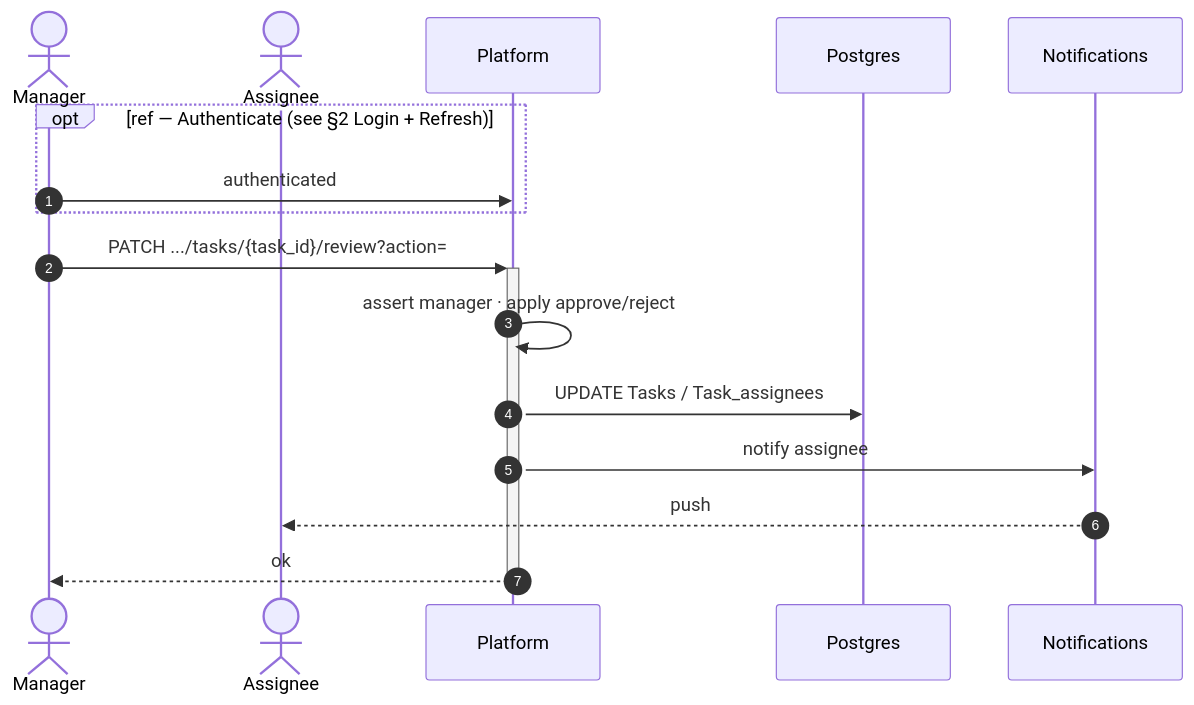
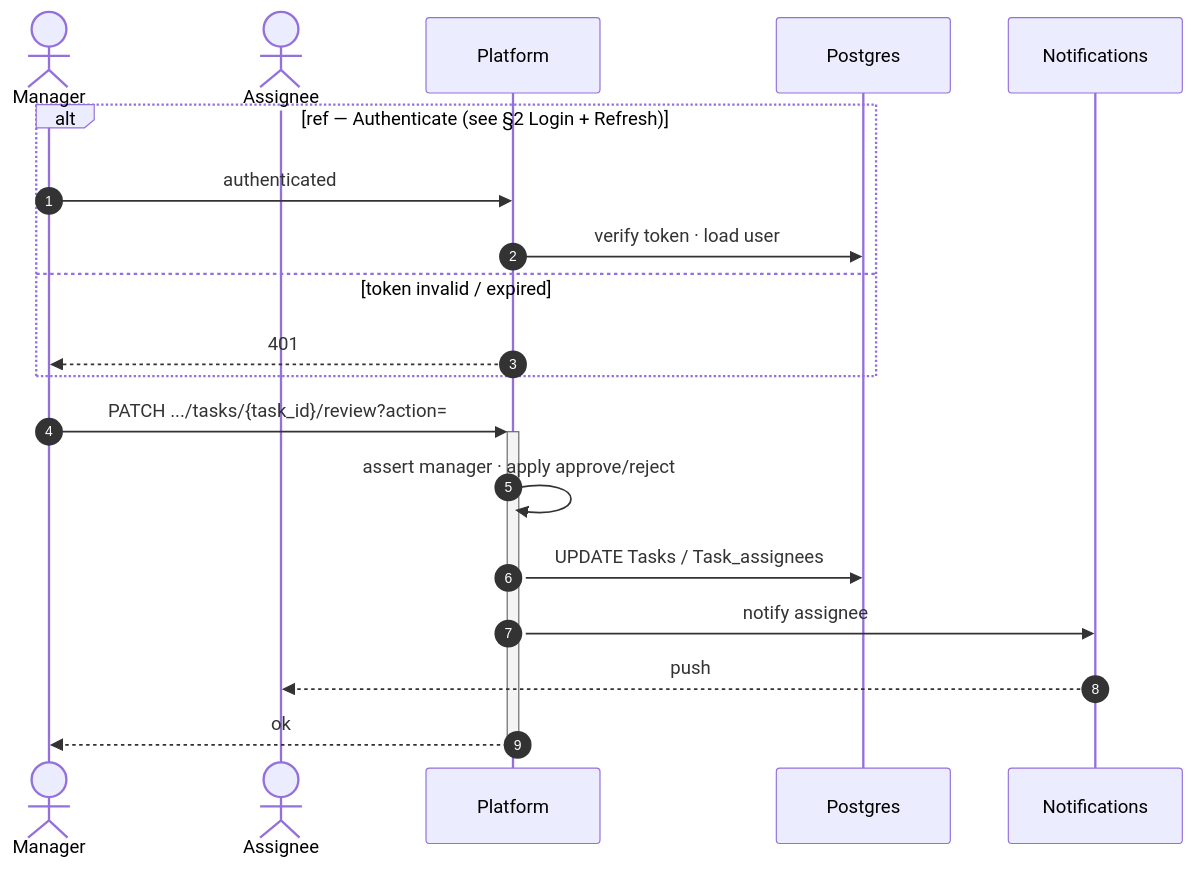
Diagram 13 of 16 in docs/SEQUENCE_DIAGRAMS.md (MohamedChebbi123/teamnest), drawn with Mermaid before and after one commit. The commit also changed other lines of this file, not shown here.

````diff
--- a/docs/SEQUENCE_DIAGRAMS.md
+++ b/docs/SEQUENCE_DIAGRAMS.md
@@ -366,20 +391,23 @@
 ```mermaid
 sequenceDiagram
     autonumber
     actor Manager
     actor Assignee
     participant API as Platform
     participant DB as Postgres
     participant Notif as Notifications
 
-    opt ref — Authenticate (see §2 Login + Refresh)
+    alt ref — Authenticate (see §2 Login + Refresh)
         Manager->>API: authenticated
+        API->>DB: verify token · load user
+    else token invalid / expired
+        API-->>Manager: 401
     end
 
     Manager->>+API: PATCH .../tasks/{task_id}/review?action=
     API->>API: assert manager · apply approve/reject
     API->>DB: UPDATE Tasks / Task_assignees
     API->>Notif: notify assignee
     Notif-->>Assignee: push
     API-->>-Manager: ok
 ```
````
